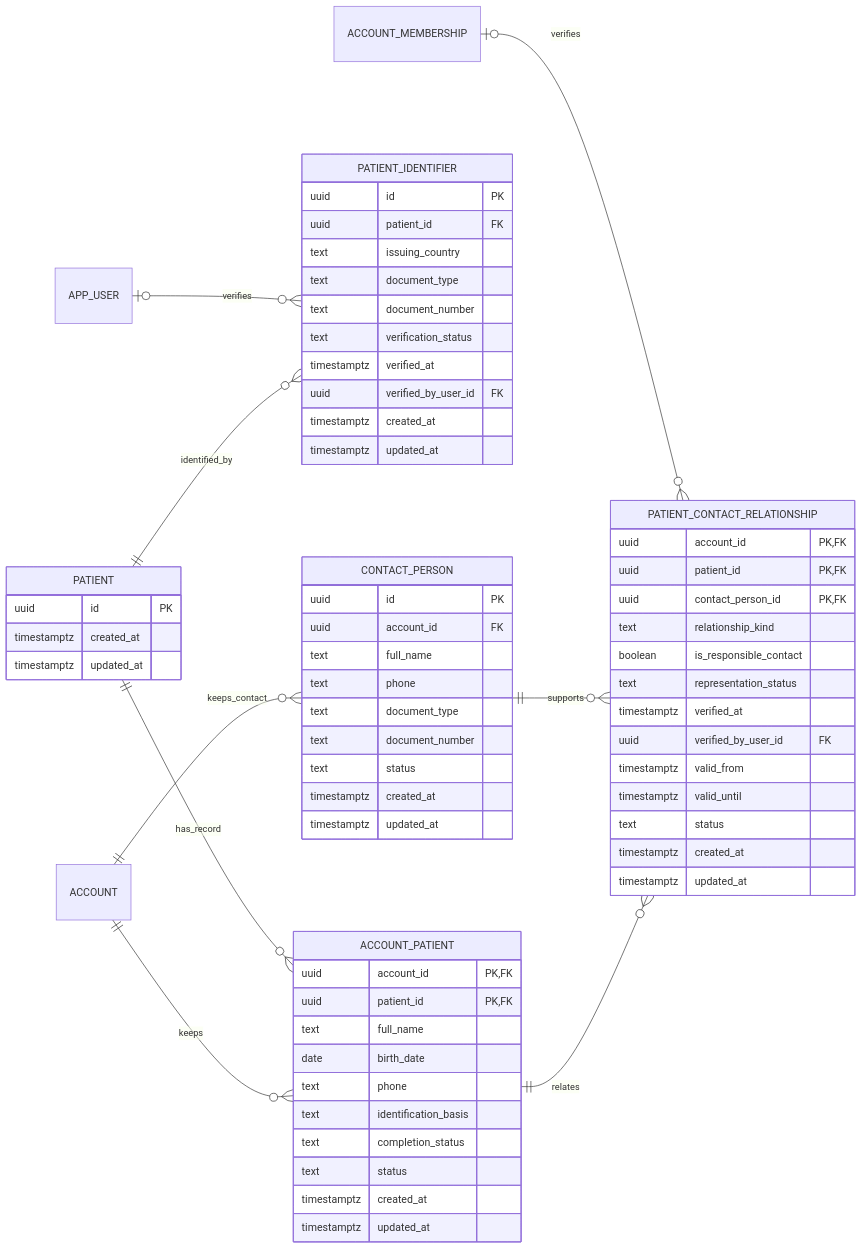
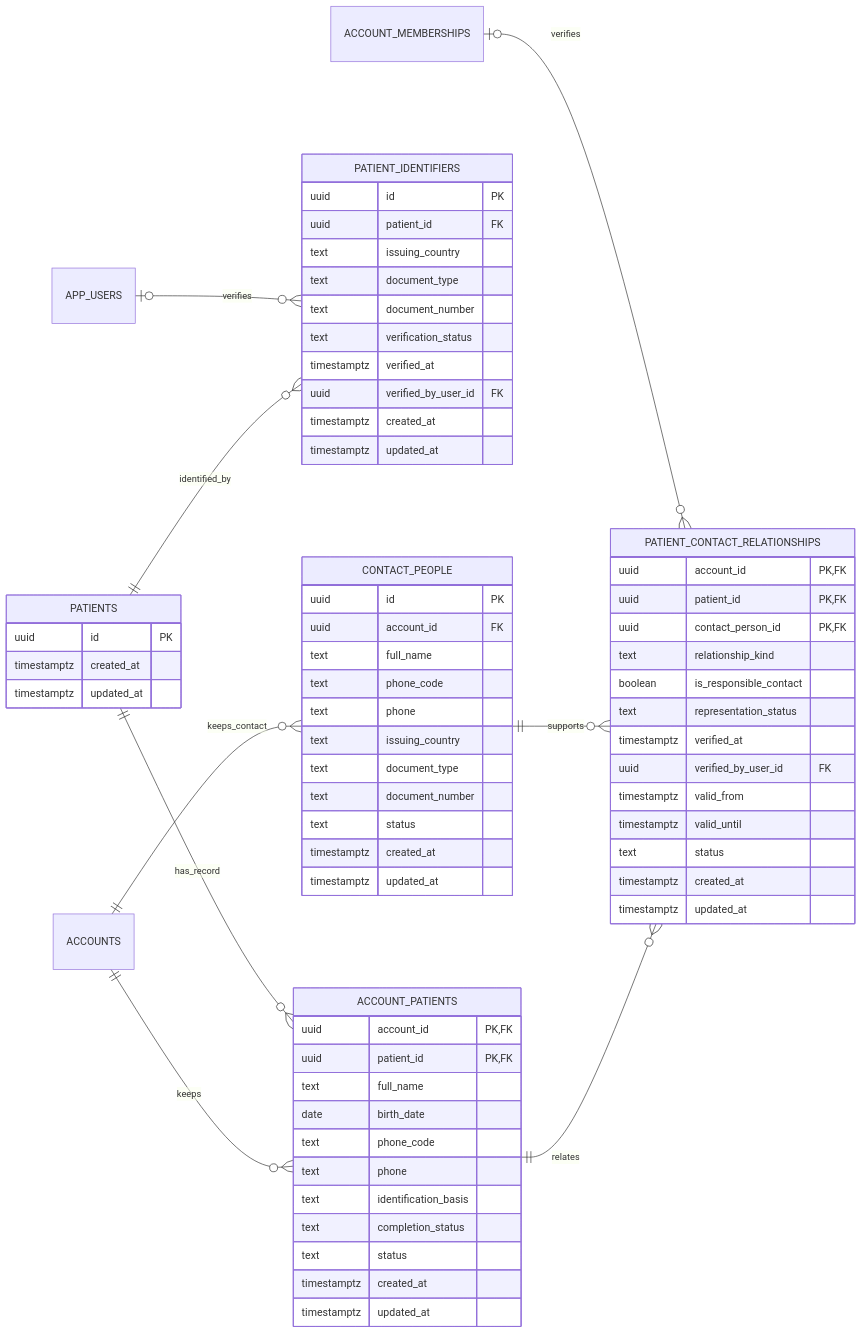
Before and after one commit to odiseo0/nightingale: the second of 4 diagrams in docs/database-schema.md, drawn with Mermaid. The commit also changed other lines of this file, not shown here.

````diff
--- a/docs/database-schema.md
+++ b/docs/database-schema.md
@@ -523,68 +566,71 @@
 ```mermaid
 erDiagram
     direction LR
-    ACCOUNT ||--o{ ACCOUNT_PATIENT : keeps
-    PATIENT ||--o{ ACCOUNT_PATIENT : has_record
-    PATIENT ||--o{ PATIENT_IDENTIFIER : identified_by
-    APP_USER o|--o{ PATIENT_IDENTIFIER : verifies
-    ACCOUNT ||--o{ CONTACT_PERSON : keeps_contact
-    ACCOUNT_PATIENT ||--o{ PATIENT_CONTACT_RELATIONSHIP : relates
-    CONTACT_PERSON ||--o{ PATIENT_CONTACT_RELATIONSHIP : supports
-    ACCOUNT_MEMBERSHIP o|--o{ PATIENT_CONTACT_RELATIONSHIP : verifies
+    ACCOUNTS ||--o{ ACCOUNT_PATIENTS : keeps
+    PATIENTS ||--o{ ACCOUNT_PATIENTS : has_record
+    PATIENTS ||--o{ PATIENT_IDENTIFIERS : identified_by
+    APP_USERS o|--o{ PATIENT_IDENTIFIERS : verifies
+    ACCOUNTS ||--o{ CONTACT_PEOPLE : keeps_contact
+    ACCOUNT_PATIENTS ||--o{ PATIENT_CONTACT_RELATIONSHIPS : relates
+    CONTACT_PEOPLE ||--o{ PATIENT_CONTACT_RELATIONSHIPS : supports
+    ACCOUNT_MEMBERSHIPS o|--o{ PATIENT_CONTACT_RELATIONSHIPS : verifies
 
-    PATIENT {
+    PATIENTS {
         uuid id PK
         timestamptz created_at
         timestamptz updated_at
     }
-    PATIENT_IDENTIFIER {
+    PATIENT_IDENTIFIERS {
         uuid id PK
         uuid patient_id FK
         text issuing_country
         text document_type
         text document_number
         text verification_status
         timestamptz verified_at
         uuid verified_by_user_id FK
         timestamptz created_at
         timestamptz updated_at
     }
-    ACCOUNT_PATIENT {
+    ACCOUNT_PATIENTS {
         uuid account_id PK,FK
         uuid patient_id PK,FK
         text full_name
         date birth_date
+        text phone_code
         text phone
         text identification_basis
         text completion_status
         text status
         timestamptz created_at
         timestamptz updated_at
     }
-    CONTACT_PERSON {
+    CONTACT_PEOPLE {
         uuid id PK
         uuid account_id FK
         text full_name
+        text phone_code
         text phone
+        text issuing_country
         text document_type
         text document_number
         text status
         timestamptz created_at
         timestamptz updated_at
     }
-    PATIENT_CONTACT_RELATIONSHIP {
+    PATIENT_CONTACT_RELATIONSHIPS {
         uuid account_id PK,FK
         uuid patient_id PK,FK
         uuid contact_person_id PK,FK
         text relationship_kind
         boolean is_responsible_contact
         text representation_status
         timestamptz verified_at
         uuid verified_by_user_id FK
         timestamptz valid_from
         timestamptz valid_until
         text status
         timestamptz created_at
         timestamptz updated_at
     }
 ```
````
